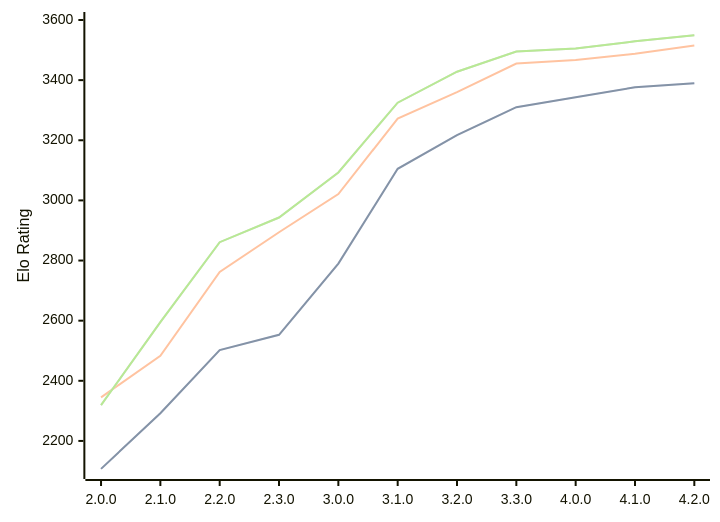
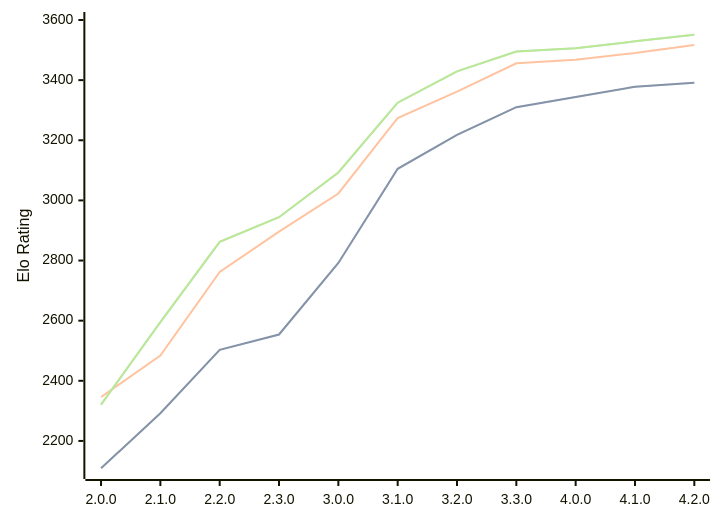
Before and after one commit to computer-chess-index/cci: the diagram in engines/Raphael.md, drawn with Mermaid. The commit also changed other lines of this file, not shown here.

Commit message:
Update CCI Ratings (ELO VLTC) - 2026-07-23

````diff
--- a/engines/Raphael.md
+++ b/engines/Raphael.md
@@ -53,11 +53,11 @@
 ```mermaid
 %%{init: {"theme":"base","themeVariables":{"seriesColors:['#a3a3a3','#222221','#faa371']}}}%%
 xychart-beta
   x-axis ["2.0.0", "2.1.0", "2.2.0", "2.3.0", "3.0.0", "3.1.0", "3.2.0", "3.3.0", "4.0.0", "4.1.0", "4.2.0"]
   y-axis "Elo Rating" 2100 --> 3600
-  line "STC (8.0+0.08s)" [2107, 2292, 2502, 2553, 2790, 3105, 3217, 3310, 3343, 3376, 3390]
-  line "STC (8.0+0.08s)" [2107, 2292, 2502, 2553, 2790, 3105, 3217, 3310, 3343, 3376, 3390]
-  line "LTC (60.0+0.60s)" [2345, 2483, 2762, 2894, 3021, 3272, 3360, 3455, 3467, 3488, 3515]
-  line "VLTC (2m24s+1.12s)" [2319, 2595, 2861, 2943, 3093, 3325, 3428, 3495, 3505, 3529, 3549]
-  line "VLTC (2m24s+1.12s)" [2319, 2595, 2861, 2943, 3093, 3325, 3428, 3495, 3505, 3529, 3549]
+  line "STC (8.0+0.08s)" [2109, 2292, 2503, 2554, 2792, 3105, 3218, 3310, 3344, 3378, 3391]
+  line "STC (8.0+0.08s)" [2109, 2292, 2503, 2554, 2792, 3105, 3218, 3310, 3344, 3378, 3391]
+  line "LTC (60.0+0.60s)" [2346, 2484, 2762, 2896, 3023, 3274, 3362, 3456, 3468, 3490, 3517]
+  line "VLTC (2m24s+1.12s)" [2321, 2595, 2862, 2944, 3093, 3325, 3429, 3495, 3506, 3529, 3551]
+  line "VLTC (2m24s+1.12s)" [2321, 2595, 2862, 2944, 3093, 3325, 3429, 3495, 3506, 3529, 3551]
 ```
````
